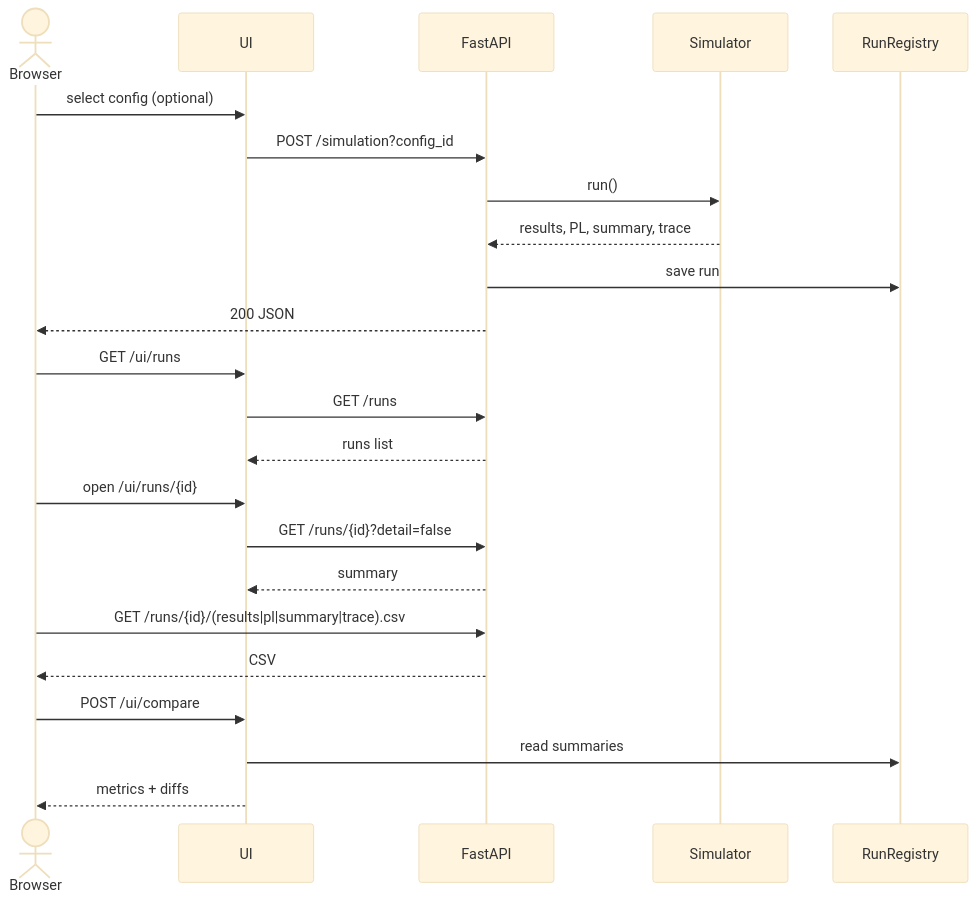
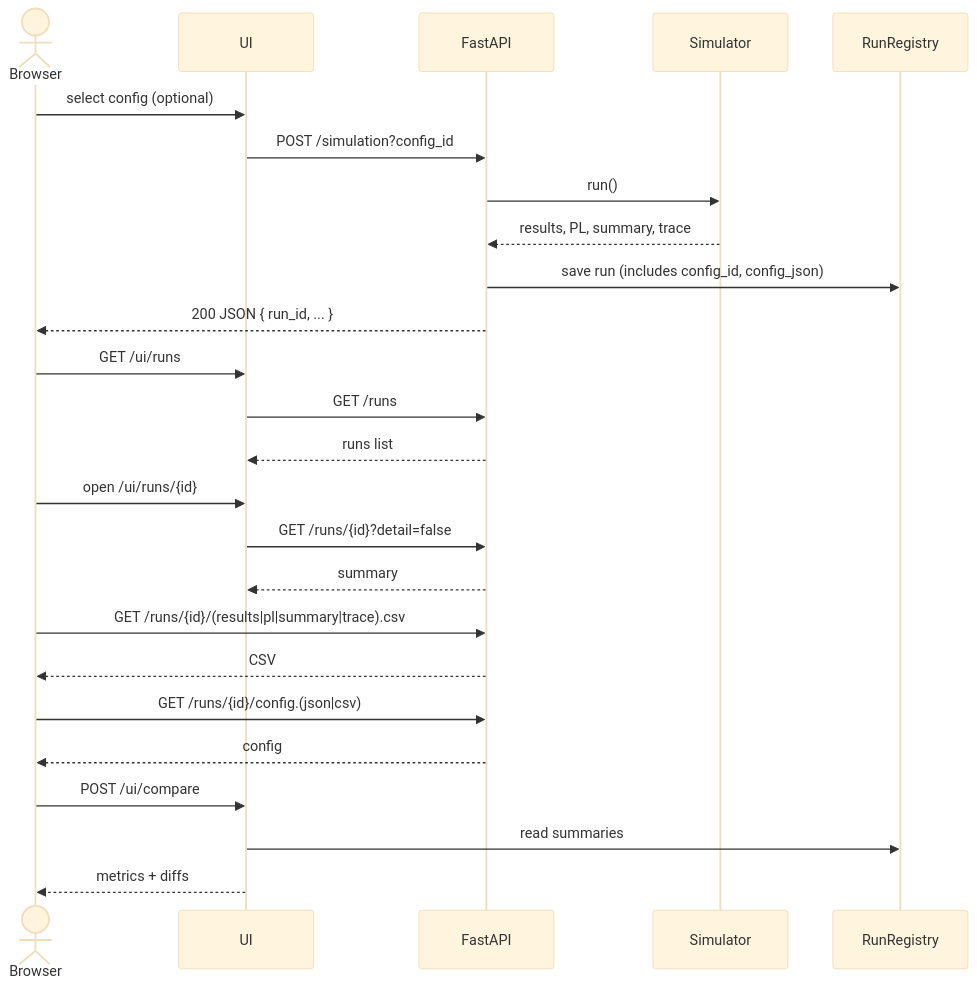
Before and after one commit to miumigy/scpln: the third of 3 diagrams in README.md, drawn with Mermaid (base theme). The commit also changed other lines of this file, not shown here.

Commit message:
docs(readme): update architecture/class/sequence diagrams to include config DB and run config exports

````diff
--- a/README.md
+++ b/README.md
@@ -220,35 +228,37 @@
 ```mermaid
 sequenceDiagram
   actor User as Browser
   participant UI as UI
   participant API as FastAPI
   participant Sim as Simulator
   participant REG as RunRegistry
 
   %% Run 実行
   User->>UI: select config (optional)
   UI->>API: POST /simulation?config_id
   API->>Sim: run()
   Sim-->>API: results, PL, summary, trace
-  API->>REG: save run
-  API-->>User: 200 JSON
+  API->>REG: save run (includes config_id, config_json)
+  API-->>User: 200 JSON { run_id, ... }
 
   %% 履歴一覧
   User->>UI: GET /ui/runs
   UI->>API: GET /runs
   API-->>UI: runs list
 
   %% 詳細
   User->>UI: open /ui/runs/{id}
   UI->>API: GET /runs/{id}?detail=false
   API-->>UI: summary
 
   %% CSVs
   User->>API: GET /runs/{id}/(results|pl|summary|trace).csv
   API-->>User: CSV
+  User->>API: GET /runs/{id}/config.(json|csv)
+  API-->>User: config
 
   %% 比較
   User->>UI: POST /ui/compare
   UI->>REG: read summaries
   UI-->>User: metrics + diffs
 ```
````
